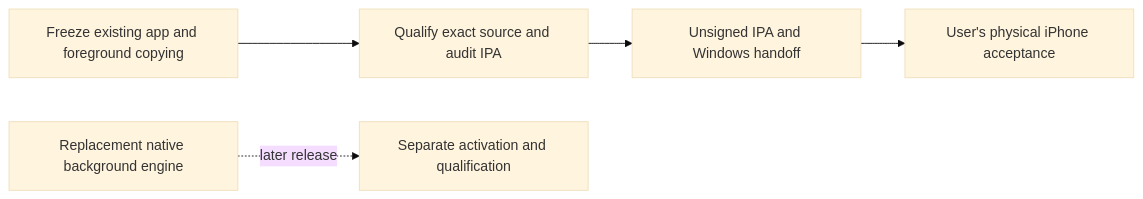
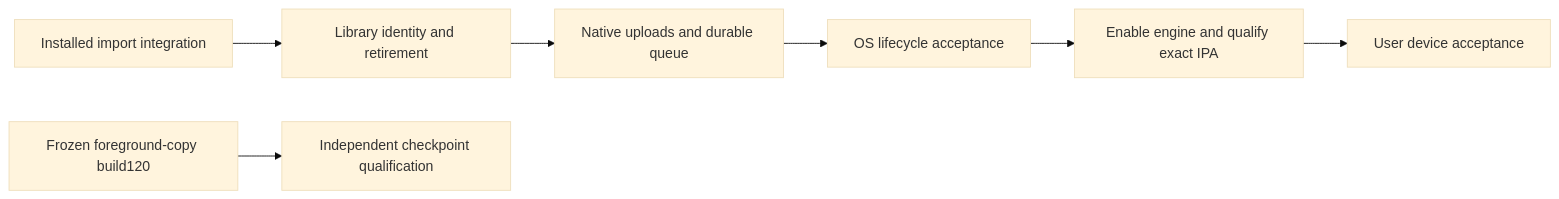
Before and after one commit to Lokal-music/lokal-mobile: the diagram in docs/IOS_FIRST_RELEASE.md, drawn with Mermaid (base theme). The commit also changed other lines of this file and 11 other files, not shown here.

Commit message:
Add an isolated installed iPhone import pipeline probe

````diff
--- a/docs/IOS_FIRST_RELEASE.md
+++ b/docs/IOS_FIRST_RELEASE.md
@@ -56,7 +41,9 @@
 ```mermaid
 flowchart LR
-  F[Freeze existing app and foreground copying] --> Q[Qualify exact source and audit IPA]
-  Q --> H[Unsigned IPA and Windows handoff]
-  H --> D[User's physical iPhone acceptance]
-  N[Replacement native background engine] -. later release .-> L[Separate activation and qualification]
+  P[Installed import integration] --> I[Library identity and retirement]
+  I --> U[Native uploads and durable queue]
+  U --> O[OS lifecycle acceptance]
+  O --> Q[Enable engine and qualify exact IPA]
+  Q --> D[User device acceptance]
+  F[Frozen foreground-copy build120] --> H[Independent checkpoint qualification]
 ```
````
